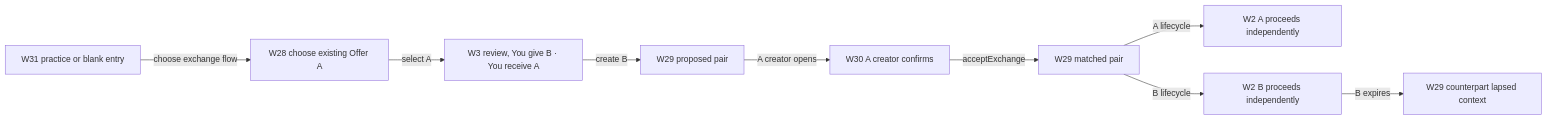
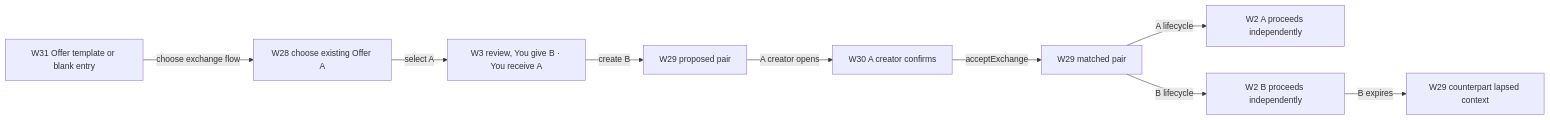
One commit to greenpill-dev-guild/green-goods changed diagram 15 of 17 in .plans/active/commitment-pooling/prototypes.md. Above: the diagram before and after it, drawn with Mermaid. The commit also changed other lines of this file and 47 other files, not shown here.

Commit message:
feat(shared,client): add commitment credit companion flow

````diff
--- a/.plans/active/commitment-pooling/prototypes.md
+++ b/.plans/active/commitment-pooling/prototypes.md
@@ -933,11 +935,11 @@
 ```mermaid
 flowchart LR
-  T["W31 practice or blank entry"] -->|"choose exchange flow"| P["W28 choose existing Offer A"]
+  T["W31 Offer template or blank entry"] -->|"choose exchange flow"| P["W28 choose existing Offer A"]
   P -->|"select A"| R["W3 review, You give B · You receive A"]
   R -->|"create B"| B["W29 proposed pair"]
   B -->|"A creator opens"| C["W30 A creator confirms"]
   C -->|"acceptExchange"| M["W29 matched pair"]
   M -->|"A lifecycle"| A1["W2 A proceeds independently"]
   M -->|"B lifecycle"| B1["W2 B proceeds independently"]
   B1 -->|"B expires"| L["W29 counterpart lapsed context"]
 ```
````
